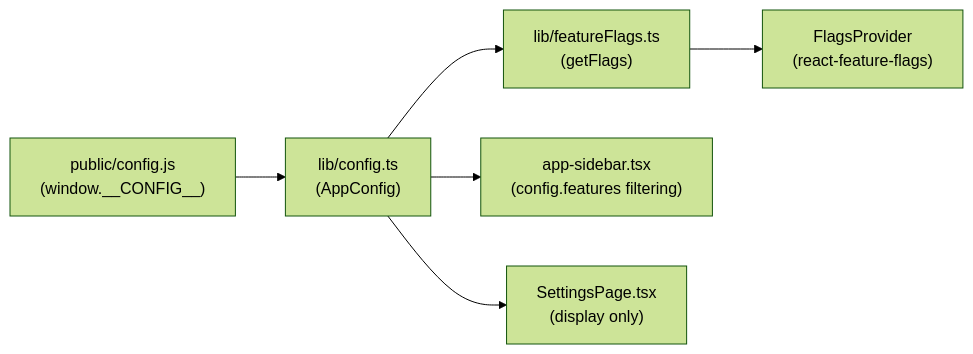
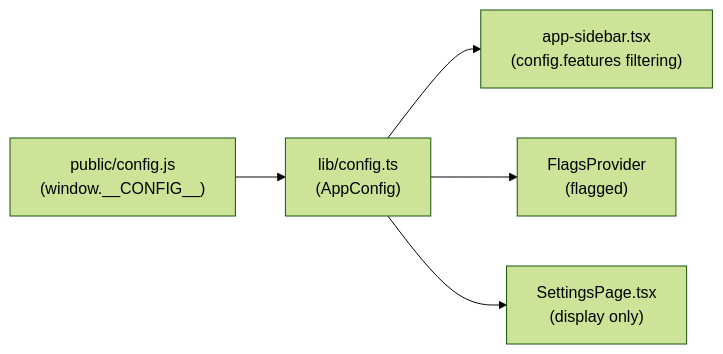
Before and after one commit to aws-samples/sample-innovation-patterns: the diagram in docs/docs/developer-docs/web-client/feature-flags.md, drawn with Mermaid (forest theme). The commit also changed other lines of this file and 7 other files, not shown here.

First line of the commit message:
refactor(web-client): replace react-feature-flags with flagged

````diff
--- a/docs/docs/developer-docs/web-client/feature-flags.md
+++ b/docs/docs/developer-docs/web-client/feature-flags.md
@@ -12,8 +12,7 @@
 ```mermaid
 graph LR
     ConfigJS["public/config.js<br/>(window.__CONFIG__)"] --> Config["lib/config.ts<br/>(AppConfig)"]
-    Config --> FeatureFlags["lib/featureFlags.ts<br/>(getFlags)"]
     Config --> Sidebar["app-sidebar.tsx<br/>(config.features filtering)"]
-    FeatureFlags --> FlagsProvider["FlagsProvider<br/>(react-feature-flags)"]
+    Config --> FlagsProvider["FlagsProvider<br/>(flagged)"]
     Config --> Settings["SettingsPage.tsx<br/>(display only)"]
 ```
````
